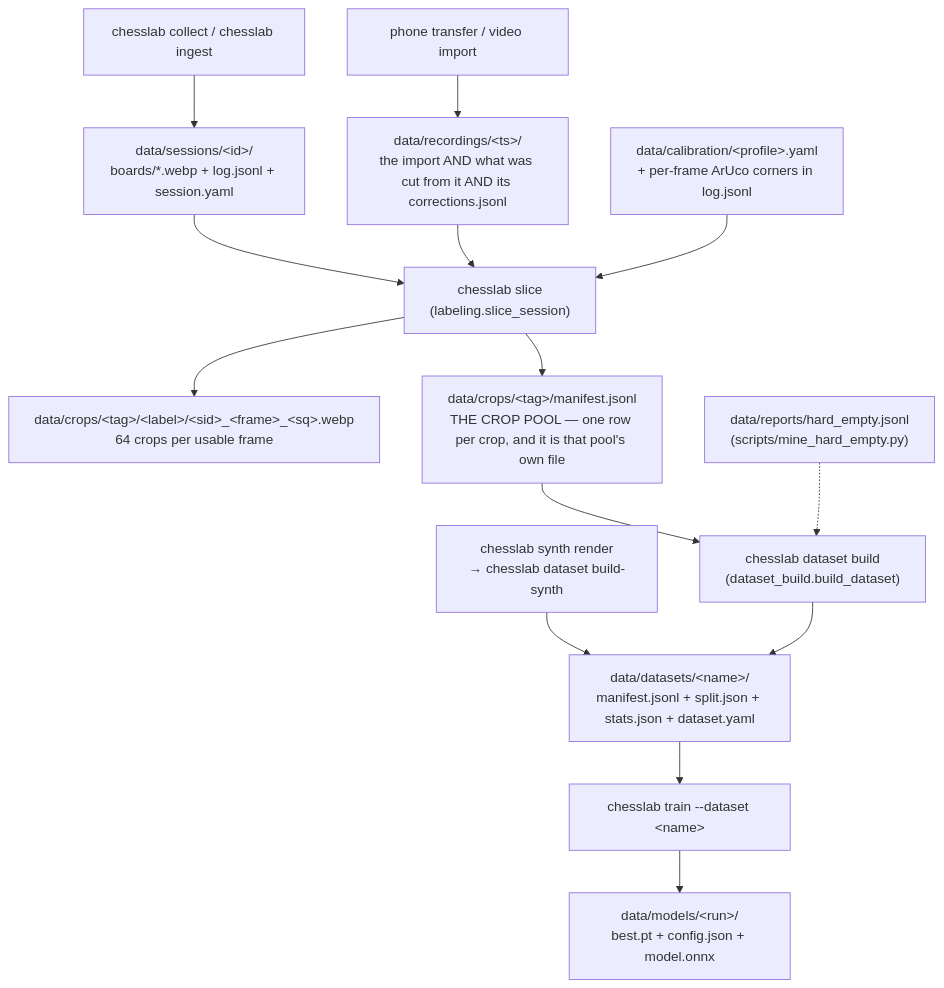
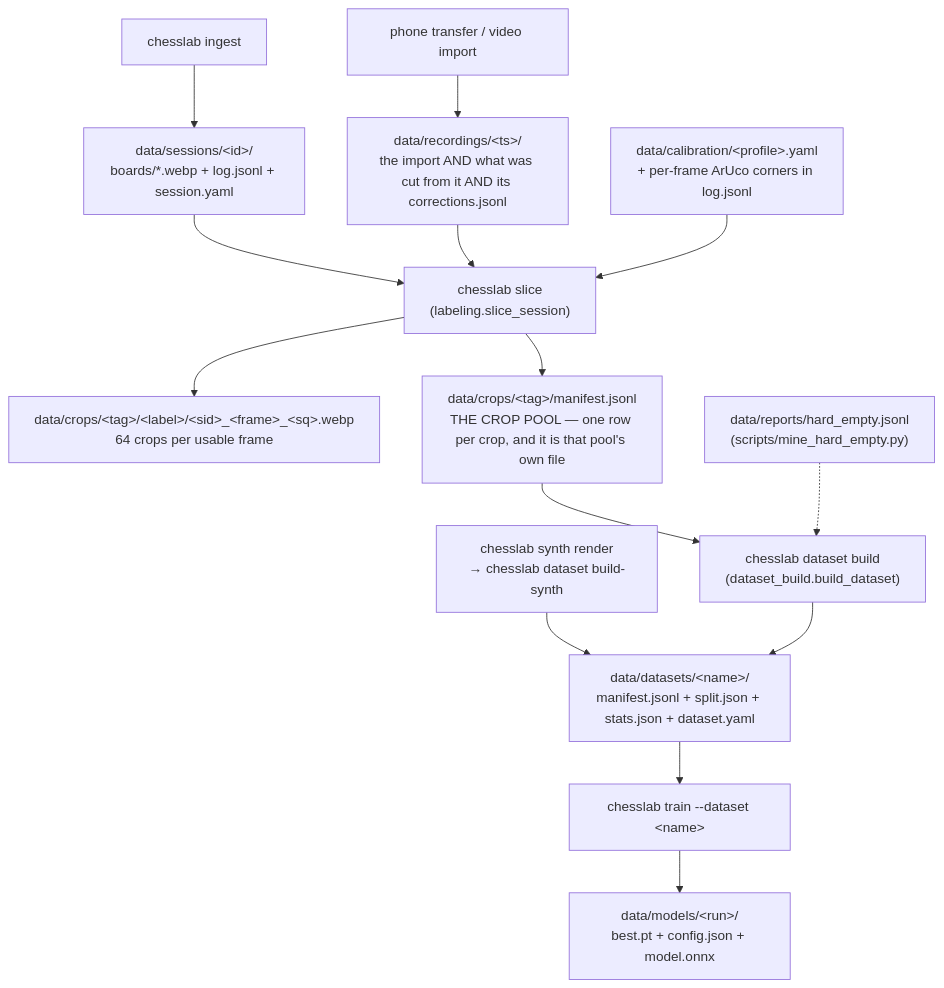
The diagram in docs/data-pipeline.md (Kloggzer/chess-vision), drawn with Mermaid before and after one commit. The commit also changed other lines of this file and 179 other files, not shown here.

````diff
--- a/docs/data-pipeline.md
+++ b/docs/data-pipeline.md
@@ -14,16 +14,16 @@
 ```mermaid
 flowchart TD
-    C["chesslab collect / chesslab ingest"] --> S["data/sessions/&lt;id&gt;/<br/>boards/*.webp + log.jsonl + session.yaml"]
+    C["chesslab ingest"] --> S["data/sessions/&lt;id&gt;/<br/>boards/*.webp + log.jsonl + session.yaml"]
     IMP["phone transfer / video import"] --> RG["data/recordings/&lt;ts&gt;/<br/>the import AND what was cut from it AND its corrections.jsonl"]
     S --> SL["chesslab slice<br/>(labeling.slice_session)"]
     RG --> SL
     CAL["data/calibration/&lt;profile&gt;.yaml<br/>+ per-frame ArUco corners in log.jsonl"] --> SL
     SL --> SQ["data/crops/&lt;tag&gt;/&lt;label&gt;/&lt;sid&gt;_&lt;frame&gt;_&lt;sq&gt;.webp<br/>64 crops per usable frame"]
     SL --> MF["data/crops/&lt;tag&gt;/manifest.jsonl<br/>THE CROP POOL — one row per crop, and it is that pool's own file"]
     SYN["chesslab synth render<br/>→ chesslab dataset build-synth"] --> DS
     MF --> DB["chesslab dataset build<br/>(dataset_build.build_dataset)"]
     HE["data/reports/hard_empty.jsonl<br/>(scripts/mine_hard_empty.py)"] -.-> DB
     DB --> DS["data/datasets/&lt;name&gt;/<br/>manifest.jsonl + split.json + stats.json + dataset.yaml"]
     DS --> TR["chesslab train --dataset &lt;name&gt;"]
     TR --> MOD["data/models/&lt;run&gt;/<br/>best.pt + config.json + model.onnx"]
 ```
````
